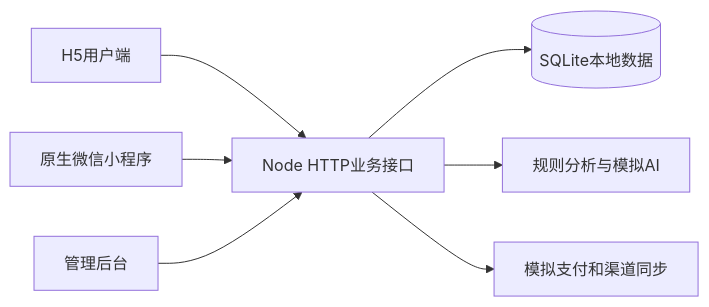
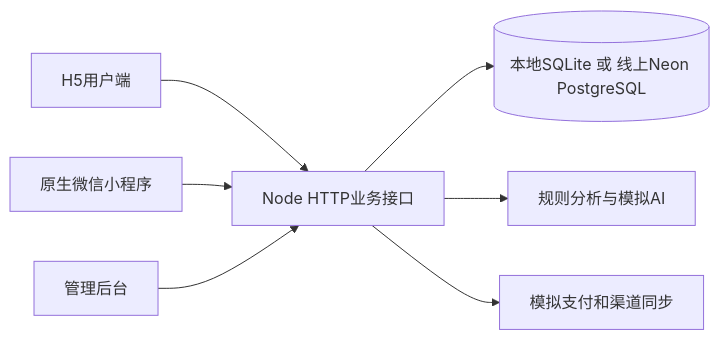
One commit to zhouder/internship changed the first of 2 diagrams in guiyan-demo/docs/ARCHITECTURE.md. Above: the diagram before and after it, drawn with Mermaid. The commit also changed other lines of this file and 19 other files, not shown here.

Commit message:
Deploy shared demo with Vercel Functions and Neon PostgreSQL

````diff
--- a/guiyan-demo/docs/ARCHITECTURE.md
+++ b/guiyan-demo/docs/ARCHITECTURE.md
@@ -5,9 +5,9 @@
 ```mermaid
 flowchart LR
   H[H5用户端] --> A[Node HTTP业务接口]
   M[原生微信小程序] --> A
   B[管理后台] --> A
-  A --> D[(SQLite本地数据)]
+  A --> D[(本地SQLite 或 线上Neon PostgreSQL)]
   A --> R[规则分析与模拟AI]
   A --> S[模拟支付和渠道同步]
 ```
````
